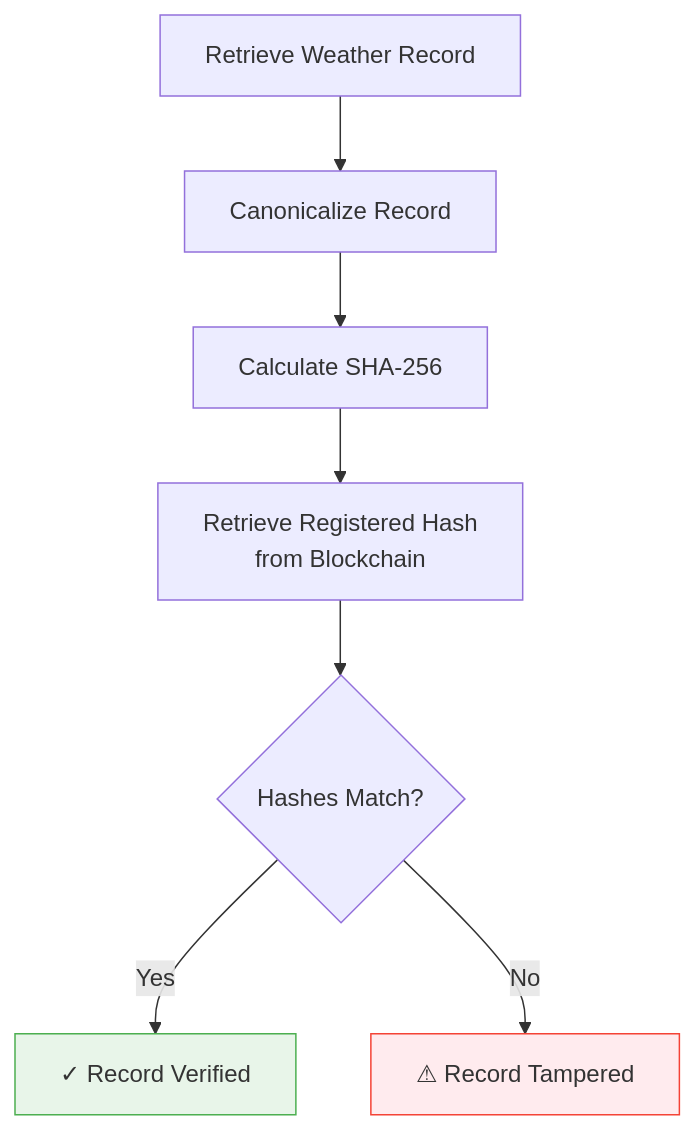
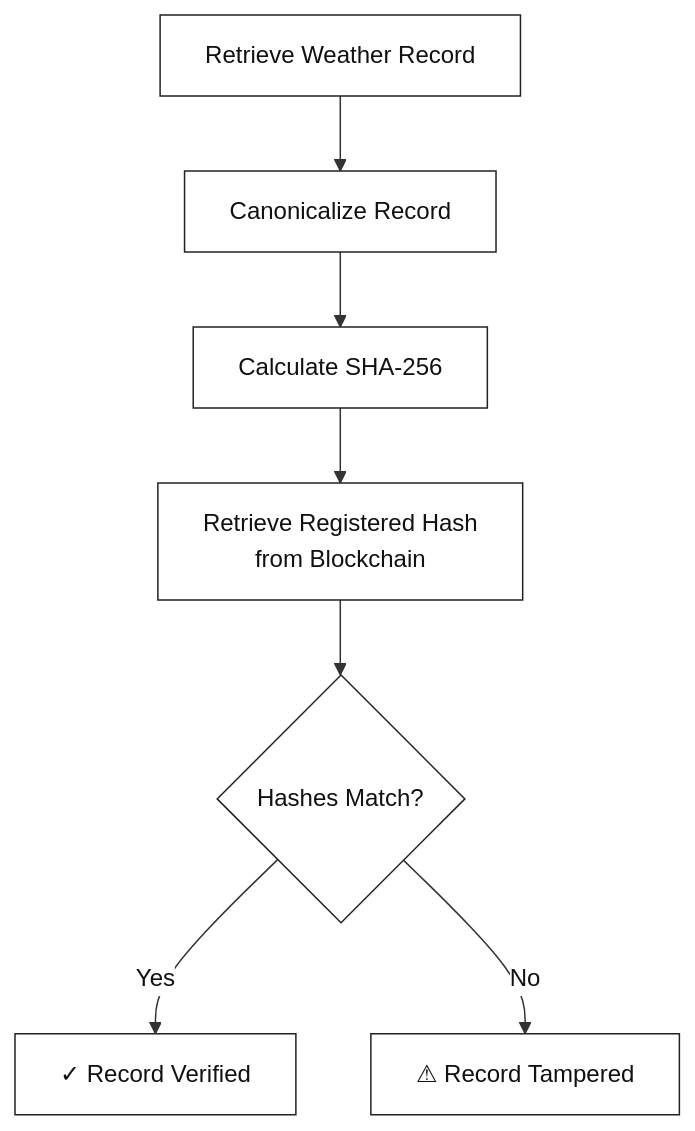
One commit to AtharvaP555/blockchain-weather-integrity changed the second of 3 diagrams in README.md. Above: the diagram before and after it, drawn with Mermaid. The commit also changed other lines of this file, not shown here.

Commit message:
Fix verification diagram styling

````diff
--- a/README.md
+++ b/README.md
@@ -198,14 +199,20 @@
 ```mermaid
+%%{init: {'theme':'base', 'themeVariables': {'primaryColor':'#ffffff', 'primaryTextColor':'#111111', 'primaryBorderColor':'#222222', 'secondaryColor':'#ffffff', 'secondaryTextColor':'#111111', 'secondaryBorderColor':'#222222', 'tertiaryColor':'#ffffff', 'tertiaryTextColor':'#111111', 'tertiaryBorderColor':'#222222', 'nodeBkg':'#ffffff', 'mainBkg':'#ffffff', 'lineColor':'#333333', 'textColor':'#111111'}}}%%
 flowchart TD
 
     A[Retrieve Weather Record] --> B[Canonicalize Record]
     B --> C[Calculate SHA-256]
     C --> D[Retrieve Registered Hash<br/>from Blockchain]
     D --> E{Hashes Match?}
 
     E -->|Yes| F[✓ Record Verified]
     E -->|No| G[⚠ Record Tampered]
 
-    style F fill:#e8f5e9,stroke:#4caf50
-    style G fill:#ffebee,stroke:#f44336
+    style A fill:#ffffff,stroke:#222222,color:#111111
+    style B fill:#ffffff,stroke:#222222,color:#111111
+    style C fill:#ffffff,stroke:#222222,color:#111111
+    style D fill:#ffffff,stroke:#222222,color:#111111
+    style E fill:#ffffff,stroke:#222222,color:#111111
+    style F fill:#ffffff,stroke:#222222,color:#111111
+    style G fill:#ffffff,stroke:#222222,color:#111111
 ```
````
